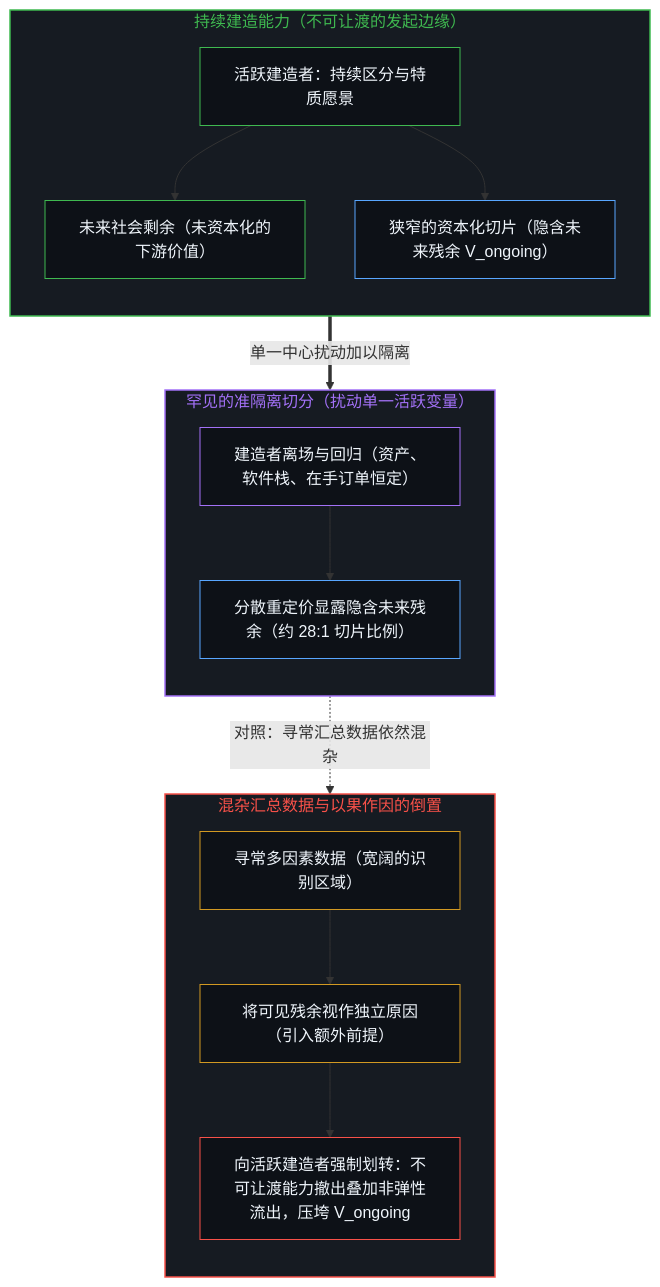
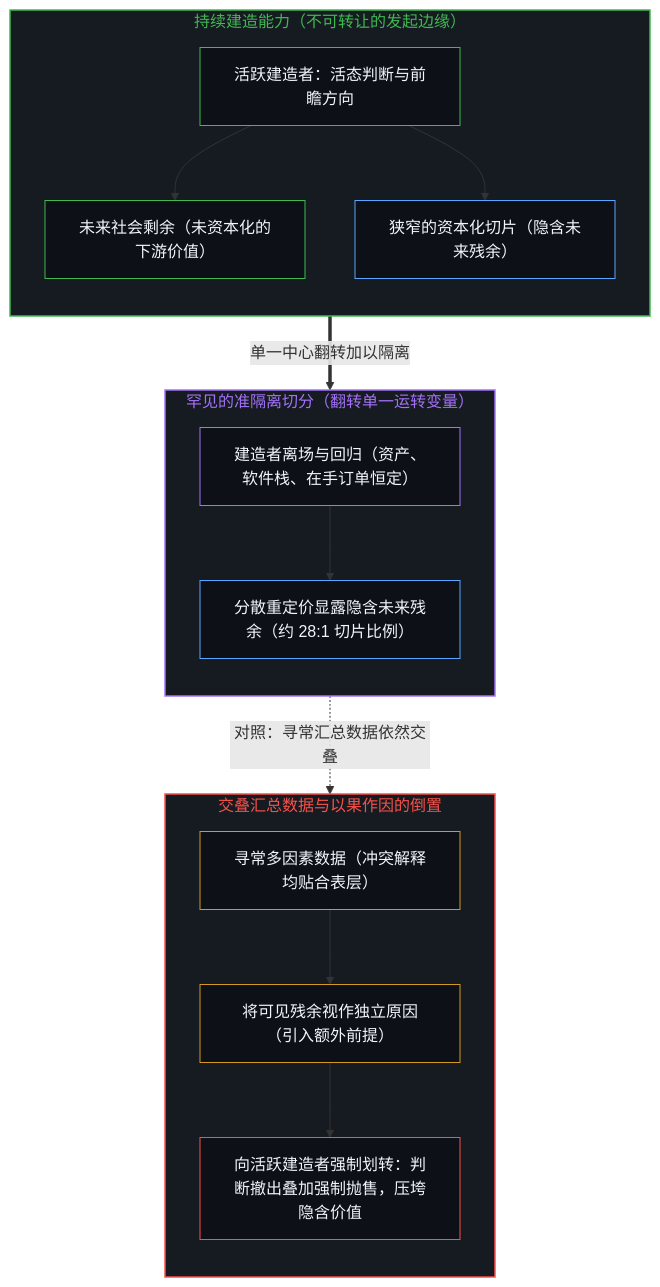
One commit to powerpig99/not-a-toe changed the first of 4 diagrams in content/posts/the-builders-absence-and-the-self-consistent-cycle-of-explanation.md. Above: the diagram before and after it, drawn with Mermaid. The commit also changed other lines of this file and 2 other files, not shown here.

````diff
--- a/content/posts/the-builders-absence-and-the-self-consistent-cycle-of-explanation.md
+++ b/content/posts/the-builders-absence-and-the-self-consistent-cycle-of-explanation.md
@@ -25,37 +25,37 @@
 ```mermaid
 flowchart TD
-    subgraph S_Build["持续建造能力（不可让渡的发起边缘）"]
+    subgraph S_Build["持续建造能力（不可转让的发起边缘）"]
         direction TB
-        B1["活跃建造者：持续区分与特质愿景"]
+        B1["活跃建造者：活态判断与前瞻方向"]
         B2["未来社会剩余（未资本化的下游价值）"]
-        B3["狭窄的资本化切片（隐含未来残余 V_ongoing）"]
+        B3["狭窄的资本化切片（隐含未来残余）"]
         B1 --> B2
         B1 --> B3
     end
-    subgraph S_Iso["罕见的准隔离切分（扰动单一活跃变量）"]
+    subgraph S_Iso["罕见的准隔离切分（翻转单一运转变量）"]
         direction TB
         I1["建造者离场与回归（资产、软件栈、在手订单恒定）"]
         I2["分散重定价显露隐含未来残余（约 28:1 切片比例）"]
         I1 --> I2
     end
-    subgraph S_Conf["混杂汇总数据与以果作因的倒置"]
+    subgraph S_Conf["交叠汇总数据与以果作因的倒置"]
         direction TB
-        C1["寻常多因素数据（宽阔的识别区域）"]
+        C1["寻常多因素数据（冲突解释均贴合表层）"]
         C2["将可见残余视作独立原因（引入额外前提）"]
-        C3["向活跃建造者强制划转：不可让渡能力撤出叠加非弹性流出，压垮 V_ongoing"]
+        C3["向活跃建造者强制划转：判断撤出叠加强制抛售，压垮隐含价值"]
         C1 --> C2 --> C3
     end
-    B3 ==>|"单一中心扰动加以隔离"| I1
-    I2 -.->|"对照：寻常汇总数据依然混杂"| C1
+    B3 ==>|"单一中心翻转加以隔离"| I1
+    I2 -.->|"对照：寻常汇总数据依然交叠"| C1
     style S_Build fill:#161b22,stroke:#3fb950,stroke-width:1.5px,color:#3fb950
     style S_Iso fill:#161b22,stroke:#a371f7,stroke-width:1.5px,color:#a371f7
     style S_Conf fill:#161b22,stroke:#f85149,stroke-width:1.5px,color:#f85149
     style B1 fill:#0d1117,stroke:#3fb950,stroke-width:1px,color:#f0f6fc
     style B2 fill:#0d1117,stroke:#3fb950,stroke-width:1px,color:#f0f6fc
     style B3 fill:#0d1117,stroke:#58a6ff,stroke-width:1px,color:#f0f6fc
     style I1 fill:#0d1117,stroke:#a371f7,stroke-width:1px,color:#f0f6fc
     style I2 fill:#0d1117,stroke:#58a6ff,stroke-width:1px,color:#f0f6fc
     style C1 fill:#0d1117,stroke:#d29922,stroke-width:1px,color:#f0f6fc
     style C2 fill:#0d1117,stroke:#d29922,stroke-width:1px,color:#f0f6fc
     style C3 fill:#0d1117,stroke:#f85149,stroke-width:1px,color:#f0f6fc
 ```
````
